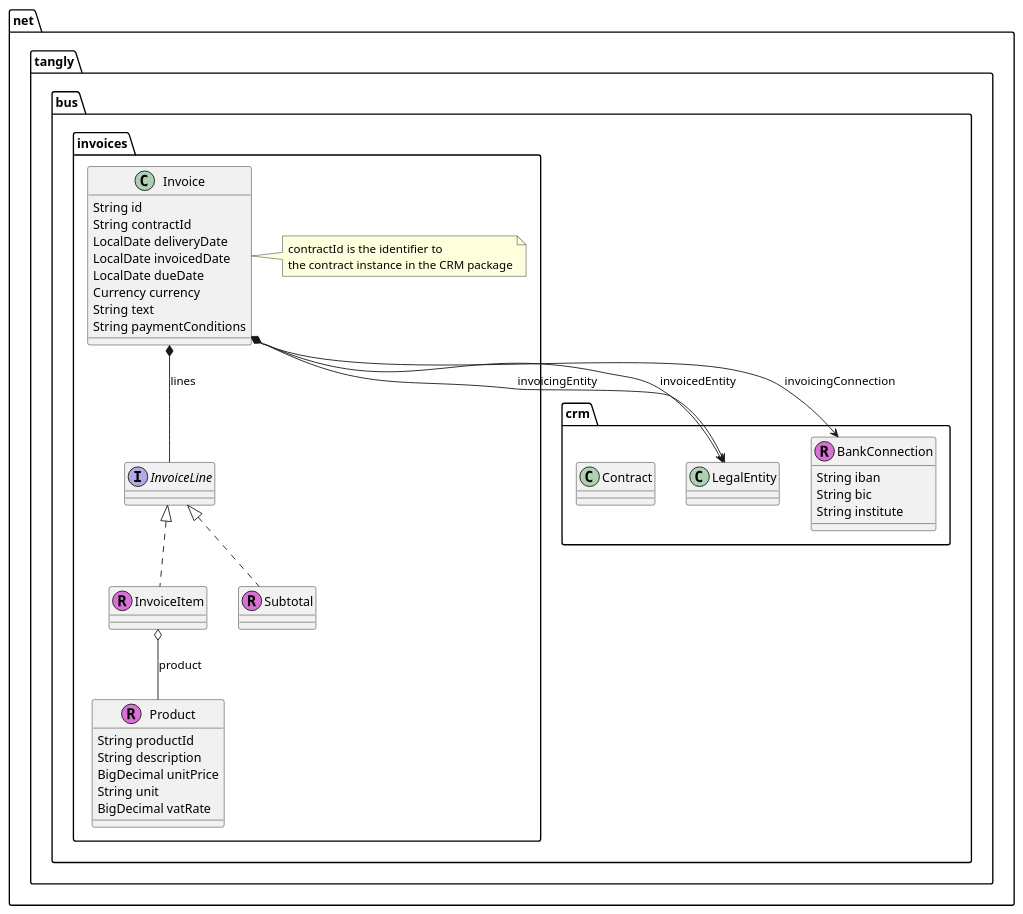
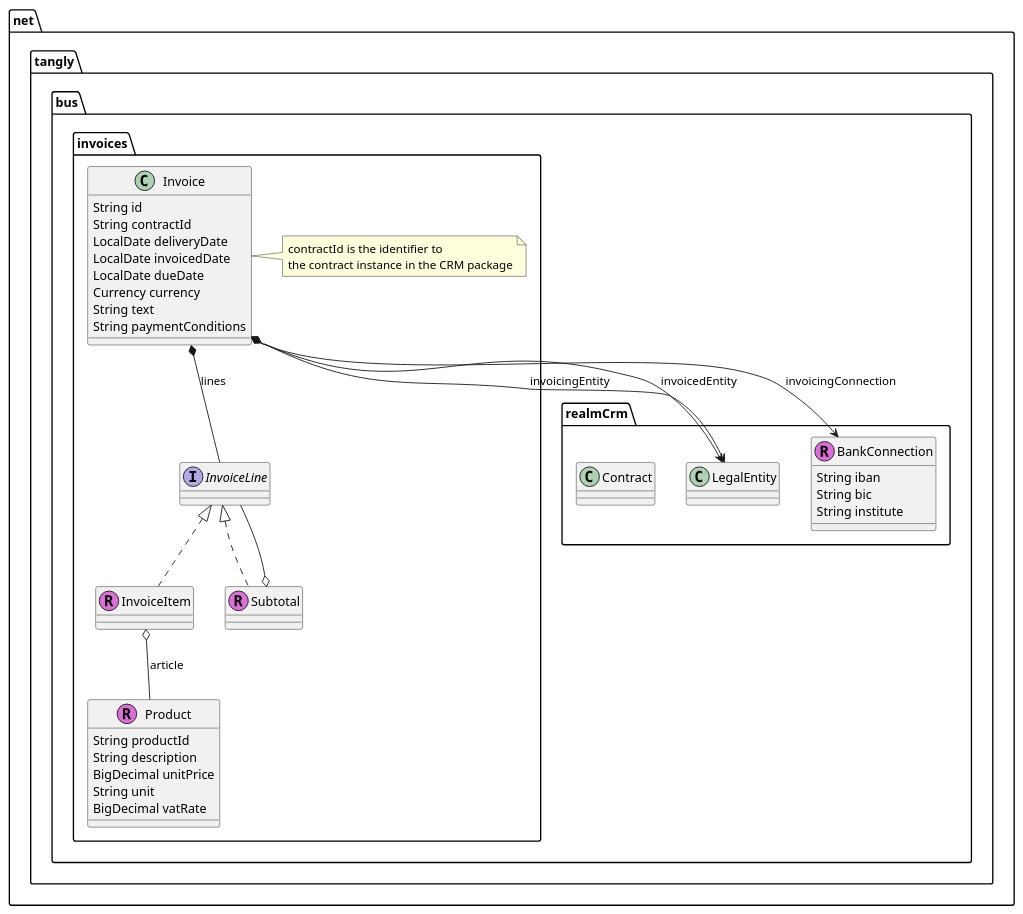
One commit to tangly-team/tangly-os changed the fourth of 6 diagrams in net.tangly.bus/src/site/businessModels.adoc. Above: the diagram before and after it, drawn with PlantUML. The commit also changed other lines of this file and 216 other files, not shown here.

```diff
--- a/net.tangly.bus/src/site/businessModels.adoc
+++ b/net.tangly.bus/src/site/businessModels.adoc
@@ -202,58 +368,60 @@
 [plantuml,bus-invoice-uml,svg]
 ....
 @startuml
 
-package net.tangly.bus.crm {
+package net.tangly.bus.realmCrm {
     class LegalEntity {}
 
     class BankConnection << (R,orchid) >> {
         String iban
         String bic
         String institute
     }
 
     class Contract {}
 }
 
 package net.tangly.bus.invoices {
 class Product << (R,orchid) >> {
     String productId
     String description
     BigDecimal unitPrice
     String unit
     BigDecimal vatRate
 }
 
 class Invoice {
     String id
     String contractId
     LocalDate deliveryDate
     LocalDate invoicedDate
     LocalDate dueDate
     Currency currency
     String text
     String paymentConditions
 }
 
 note right: contractId is the identifier to\nthe contract instance in the CRM package
 
 Invoice *-- InvoiceLine : lines
 Invoice o--> LegalEntity : invoicingEntity
 Invoice o--> LegalEntity : invoicedEntity
 Invoice *--> BankConnection : invoicingConnection
 
 interface InvoiceLine {}
 
 class InvoiceItem << (R,orchid) >> {}
 
 InvoiceLine <|.. InvoiceItem
 
-InvoiceItem o-- Product : product
+InvoiceItem o-- Product : article
 
 class Subtotal << (R,orchid) >> {}
 
 InvoiceLine <|.. Subtotal
+Subtotal o-- InvoiceLine
+
 }
 
 @enduml
 ....
```
